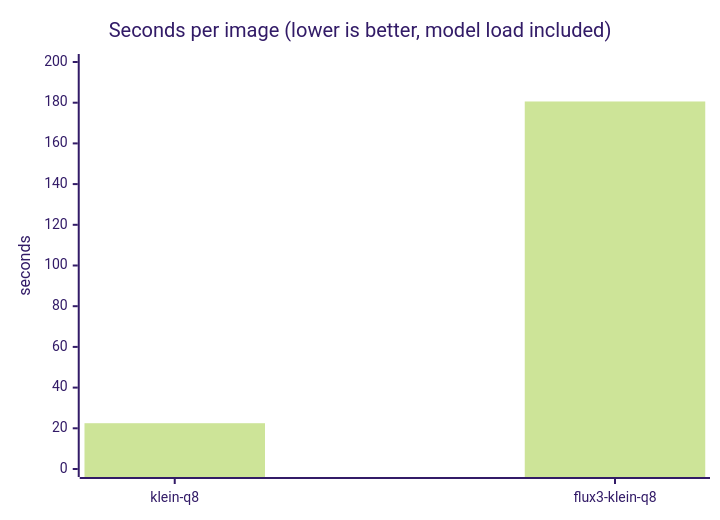
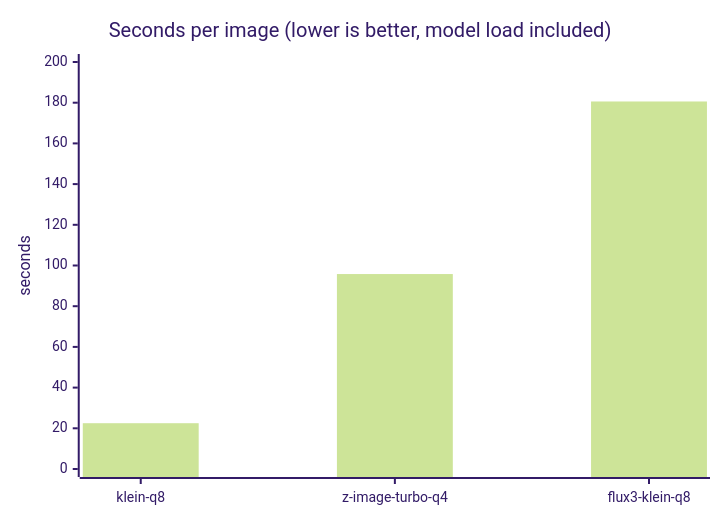
The third of 4 diagrams in README.md (mahirfatih/local-generation-benchmark-m1-max), drawn with Mermaid (forest theme) before and after one commit. The commit also changed other lines of this file and 22 other files, not shown here.

First line of the commit message:
feat: add Z-Image Turbo (z-image-turbo-q4, 95.8 s/img, Apache-2.0)

````diff
--- a/README.md
+++ b/README.md
@@ -194,7 +197,7 @@
 ```mermaid
 xychart-beta
     title "Seconds per image (lower is better, model load included)"
-    x-axis ["klein-q8", "flux3-klein-q8"]
+    x-axis ["klein-q8", "z-image-turbo-q4", "flux3-klein-q8"]
     y-axis "seconds" 0 --> 200
-    bar [22.5, 180.6]
+    bar [22.5, 95.8, 180.6]
 ```
````
